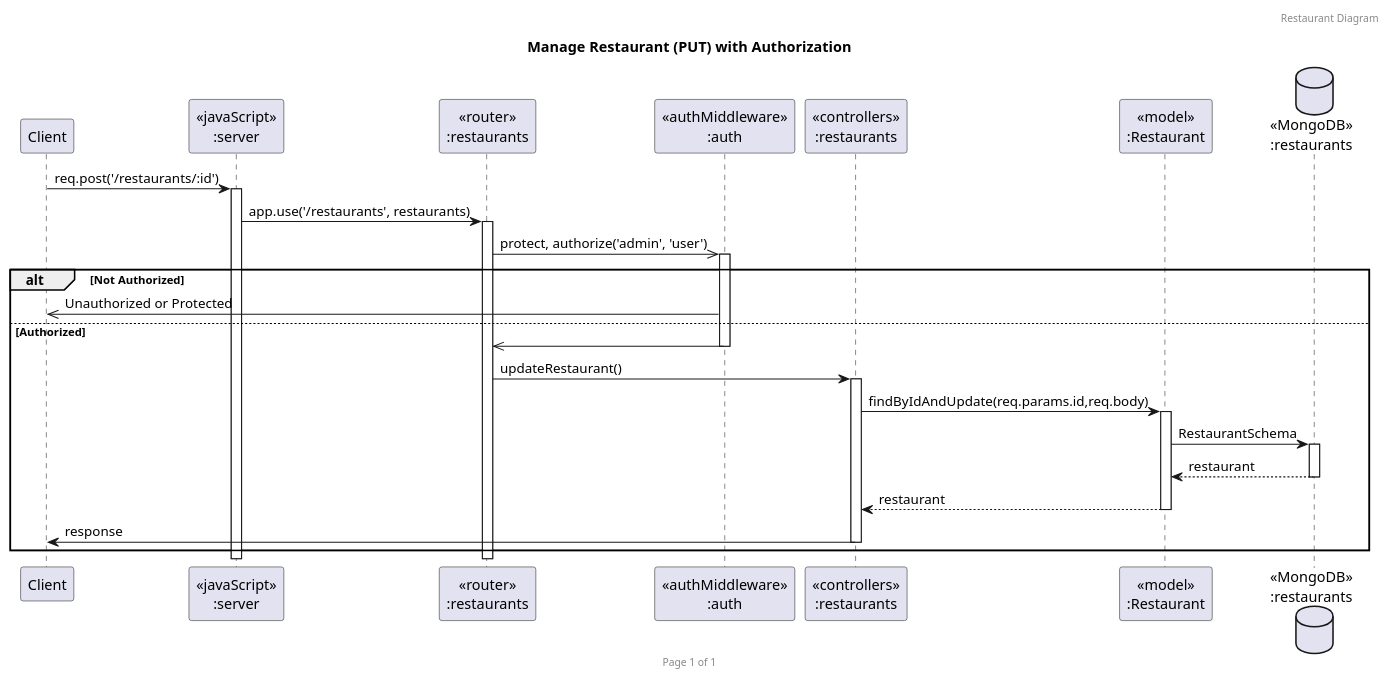
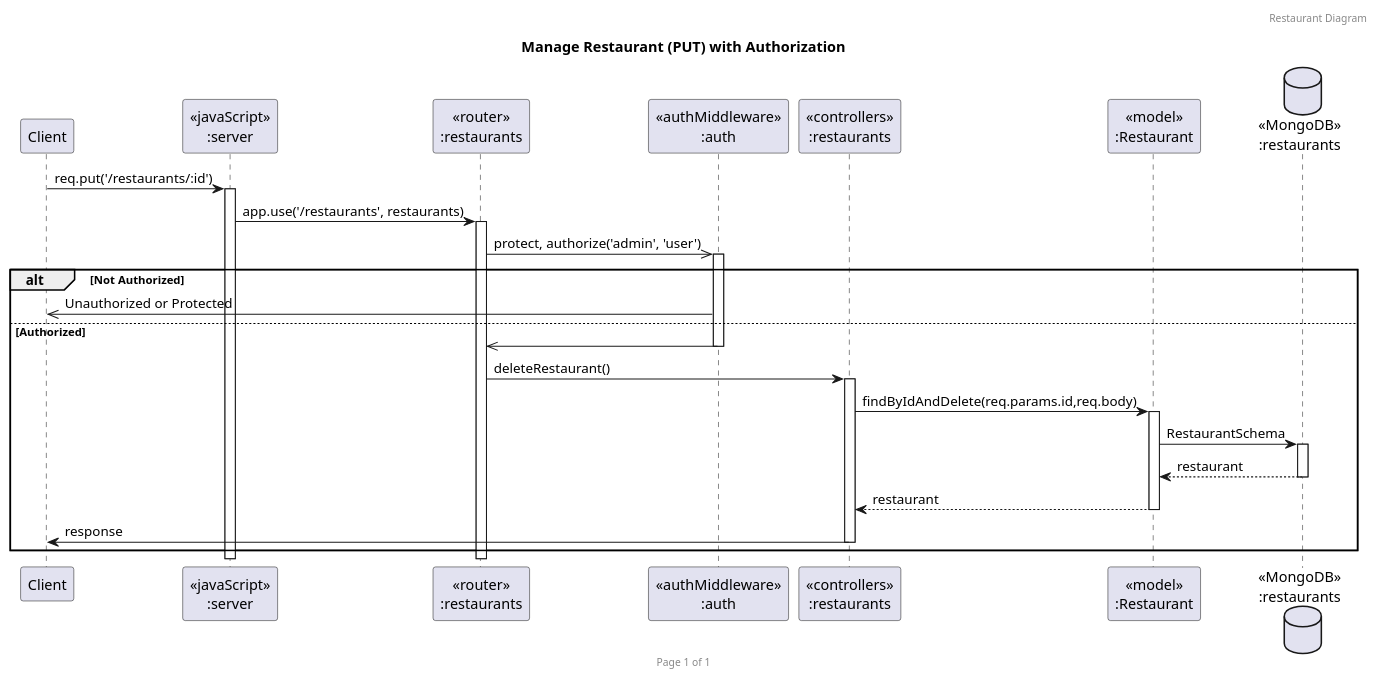
Before and after one commit to punchanabu/redrice-backend-express: the diagram in uml/restaurant(update).puml, drawn with PlantUML. The commit also changed 4 other files, not shown here.

```diff
--- a/uml/restaurant(update).puml
+++ b/uml/restaurant(update).puml
@@ -1,32 +1,32 @@
 @startuml
 header Restaurant Diagram
 footer Page %page% of %lastpage%
 title "Manage Restaurant (PUT) with Authorization"
 
 participant "Client" as client
 participant "<<javaScript>>\n:server" as server
 participant "<<router>>\n:restaurants" as routerRestaurants
 participant "<<authMiddleware>>\n:auth" as authMiddleware
 participant "<<controllers>>\n:restaurants" as controllersRestaurants
 participant "<<model>>\n:Restaurant" as modelRestaurant
 database "<<MongoDB>>\n:restaurants" as RestaurantsDatabase
 
-client->server ++:req.post('/restaurants/:id')
+client->server ++:req.put('/restaurants/:id')
 server->routerRestaurants ++:app.use('/restaurants', restaurants)
 routerRestaurants->>authMiddleware ++:protect, authorize('admin', 'user')
 
 alt Not Authorized
     authMiddleware->>client :Unauthorized or Protected
 else Authorized
     authMiddleware->>routerRestaurants -- :
-    routerRestaurants->controllersRestaurants ++:updateRestaurant()
-    controllersRestaurants->modelRestaurant ++:findByIdAndUpdate(req.params.id,req.body)
+    routerRestaurants->controllersRestaurants ++:deleteRestaurant()
+    controllersRestaurants->modelRestaurant ++:findByIdAndDelete(req.params.id,req.body)
     modelRestaurant ->RestaurantsDatabase ++: RestaurantSchema
     RestaurantsDatabase --> modelRestaurant --: restaurant
     controllersRestaurants <-- modelRestaurant --: restaurant
     controllersRestaurants->client --:response
 end
 
 
 
 @enduml
```
